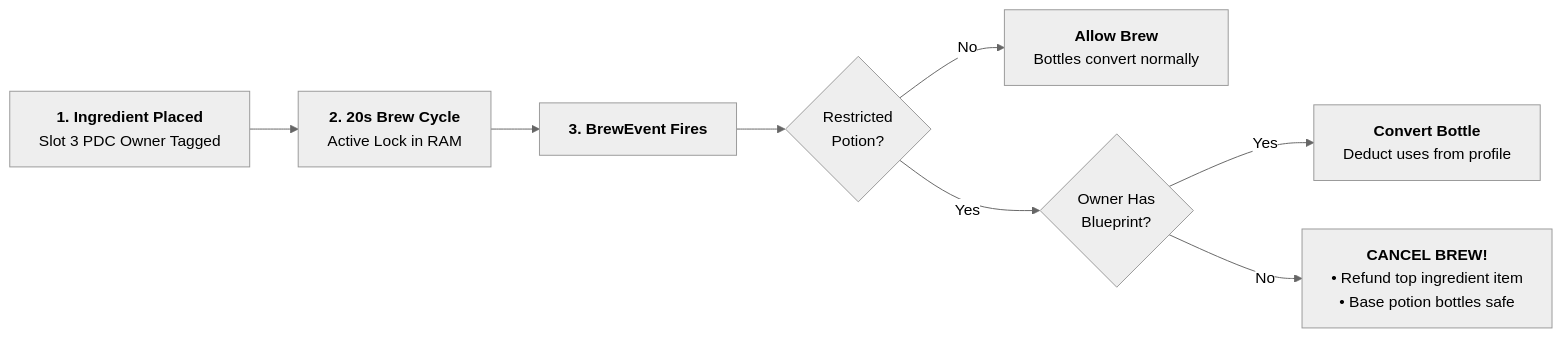
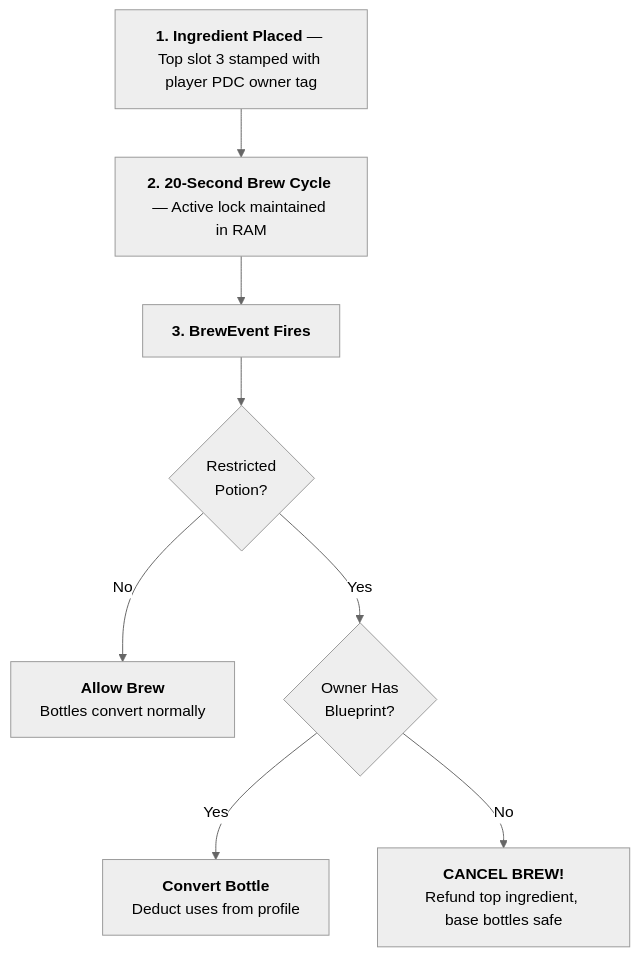
The diagram in docs/mechanics/brewing-stand.md (XZtotal/CraftingBlueprints-Wiki), drawn with Mermaid (neutral theme) before and after one commit. The commit also changed 31 other files, not shown here.

Commit message:
style(docs): optimize diagram proportions, center all diagrams, and fix table padding

````diff
--- a/docs/mechanics/brewing-stand.md
+++ b/docs/mechanics/brewing-stand.md
@@ -15,8 +15,11 @@
 ```mermaid
-flowchart LR
-    Ing["<b>1. Ingredient Placed</b><br/>Slot 3 PDC Owner Tagged"] --> Cycle["<b>2. 20s Brew Cycle</b><br/>Active Lock in RAM"] --> Event["<b>3. BrewEvent Fires</b>"] --> Check{"Restricted<br/>Potion?"}
+flowchart TD
+    Ing["<b>1. Ingredient Placed</b> — Top slot 3 stamped with player PDC owner tag"]
+    --> Cycle["<b>2. 20-Second Brew Cycle</b> — Active lock maintained in RAM"]
+    --> Event["<b>3. BrewEvent Fires</b>"]
+    --> Check{"Restricted<br/>Potion?"}
     Check -->|No| Allow["<b>Allow Brew</b><br/>Bottles convert normally"]
     Check -->|Yes| OwnerCheck{"Owner Has<br/>Blueprint?"}
     OwnerCheck -->|Yes| Convert["<b>Convert Bottle</b><br/>Deduct uses from profile"]
-    OwnerCheck -->|No| Cancel["<b>CANCEL BREW!</b><br/>• Refund top ingredient item<br/>• Base potion bottles safe"]
+    OwnerCheck -->|No| Cancel["<b>CANCEL BREW!</b><br/>Refund top ingredient, base bottles safe"]
 ```
````
